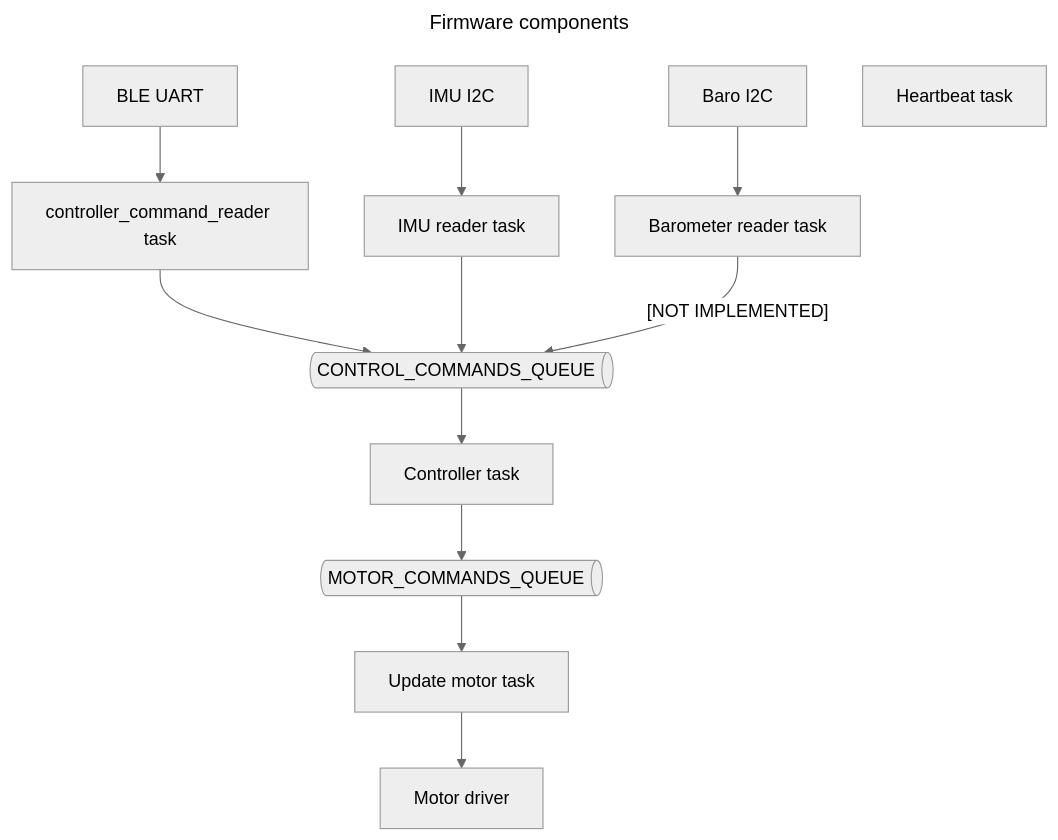
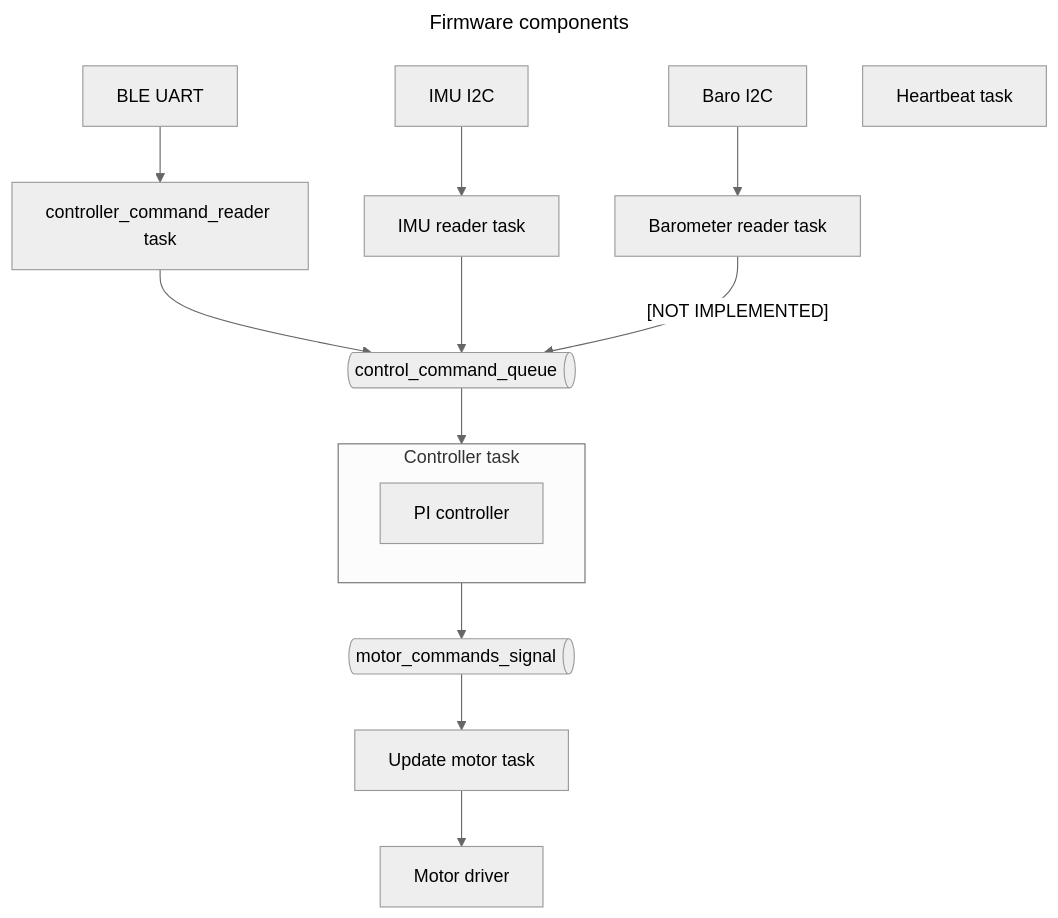
Before and after one commit to sulevsky/climber: the second of 2 diagrams in README.md, drawn with Mermaid (neutral theme). The commit also changed other lines of this file and 1 other file, not shown here.

````diff
--- a/README.md
+++ b/README.md
@@ -44,34 +44,37 @@
 ```mermaid
 ---
 title: Firmware components
 ---
 flowchart TD
-    A@{ shape: das, label: "CONTROL_COMMANDS_QUEUE" }
+    control_command_queue@{ shape: das, label: "control_command_queue" }
     controller_command_reader[controller_command_reader task]
     ble_uart[BLE UART]
-    controller_command_reader --> A
+    controller_command_reader --> control_command_queue
     ble_uart --> controller_command_reader
 
     imu_reader[IMU reader task]
     imu_i2c[IMU I2C]
-    imu_reader --> A
+    imu_reader --> control_command_queue
     imu_i2c --> imu_reader
 
     baro_reader[Barometer reader task]
     baro_i2c[Baro I2C]
-    baro_reader --[NOT IMPLEMENTED]--> A
+    baro_reader --[NOT IMPLEMENTED]--> control_command_queue
     baro_i2c --> baro_reader
 
-    main_controller[Controller task]
-    A --> main_controller
+    
+    subgraph main_controller[Controller task]
+        pi_controller["PI controller"]
+    end
+    control_command_queue --> main_controller
 
     update_motor[Update motor task]
     motor_driver[Motor driver]
     update_motor --> motor_driver
-    B@{ shape: das, label: "MOTOR_COMMANDS_QUEUE" }
+    motor_commands_signal@{ shape: das, label: "motor_commands_signal" }
 
-    B --> update_motor
-    main_controller --> B
+    motor_commands_signal --> update_motor
+    main_controller --> motor_commands_signal
 
     heartbeat[Heartbeat task]
 ```
````
